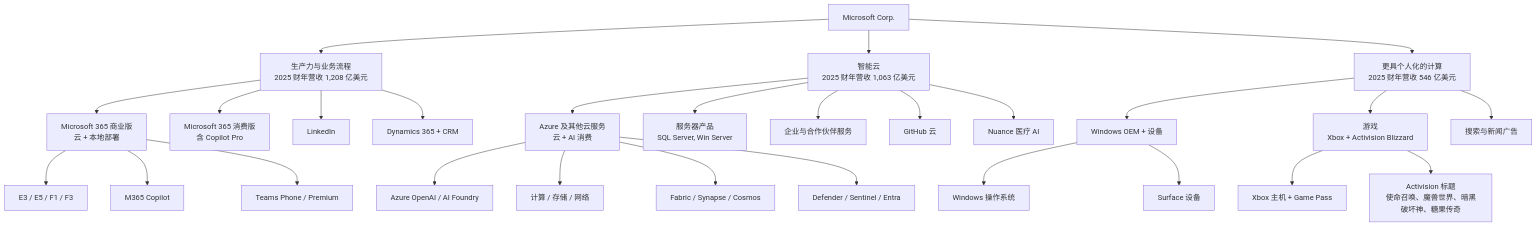
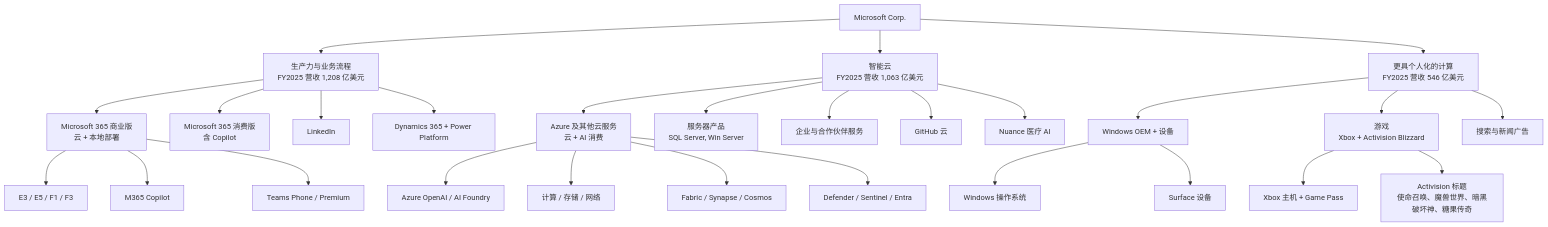
The second of 3 diagrams in reports/company/Microsoft_NASDAQ_MSFT/Microsoft_NASDAQ_MSFT_公司研究.md (dadachundan/financial_agent), drawn with Mermaid before and after one commit. The commit also changed other lines of this file, not shown here.

First line of the commit message:
feat(company-research): refresh Microsoft (MSFT) — full chart suite + decision layer

````diff
--- a/reports/company/Microsoft_NASDAQ_MSFT/Microsoft_NASDAQ_MSFT_公司研究.md
+++ b/reports/company/Microsoft_NASDAQ_MSFT/Microsoft_NASDAQ_MSFT_公司研究.md
@@ -161,36 +589,36 @@
 ```mermaid
 graph TD
     MSFT[Microsoft Corp.]
-    MSFT --> PBP[生产力与业务流程<br/>2025 财年营收 1,208 亿美元]
-    MSFT --> IC[智能云<br/>2025 财年营收 1,063 亿美元]
-    MSFT --> MPC[更具个人化的计算<br/>2025 财年营收 546 亿美元]
+    MSFT --> PBP[生产力与业务流程<br/>FY2025 营收 1,208 亿美元]
+    MSFT --> IC[智能云<br/>FY2025 营收 1,063 亿美元]
+    MSFT --> MPC[更具个人化的计算<br/>FY2025 营收 546 亿美元]
 
     PBP --> M365C[Microsoft 365 商业版<br/>云 + 本地部署]
-    PBP --> M365K[Microsoft 365 消费版<br/>含 Copilot Pro]
+    PBP --> M365K[Microsoft 365 消费版<br/>含 Copilot]
     PBP --> LI[LinkedIn]
-    PBP --> DYN[Dynamics 365 + CRM]
+    PBP --> DYN[Dynamics 365 + Power Platform]
 
     M365C --> M365E5[E3 / E5 / F1 / F3]
     M365C --> CopilotM365[M365 Copilot]
     M365C --> Teams[Teams Phone / Premium]
 
     IC --> Azure[Azure 及其他云服务<br/>云 + AI 消费]
     IC --> Server[服务器产品<br/>SQL Server, Win Server]
     IC --> EnterprSvc[企业与合作伙伴服务]
     IC --> GH[GitHub 云]
     IC --> Nuance[Nuance 医疗 AI]
 
     Azure --> AzureAI[Azure OpenAI / AI Foundry]
     Azure --> AzureCore[计算 / 存储 / 网络]
     Azure --> AzureData[Fabric / Synapse / Cosmos]
     Azure --> Sec[Defender / Sentinel / Entra]
 
     MPC --> WinDev[Windows OEM + 设备]
     MPC --> Gaming[游戏<br/>Xbox + Activision Blizzard]
     MPC --> Search[搜索与新闻广告]
 
     WinDev --> Win[Windows 操作系统]
     WinDev --> Surface[Surface 设备]
     Gaming --> Xbox[Xbox 主机 + Game Pass]
     Gaming --> ATVI[Activision 标题<br/>使命召唤、魔兽世界、暗黑破坏神、糖果传奇]
 ```
````
